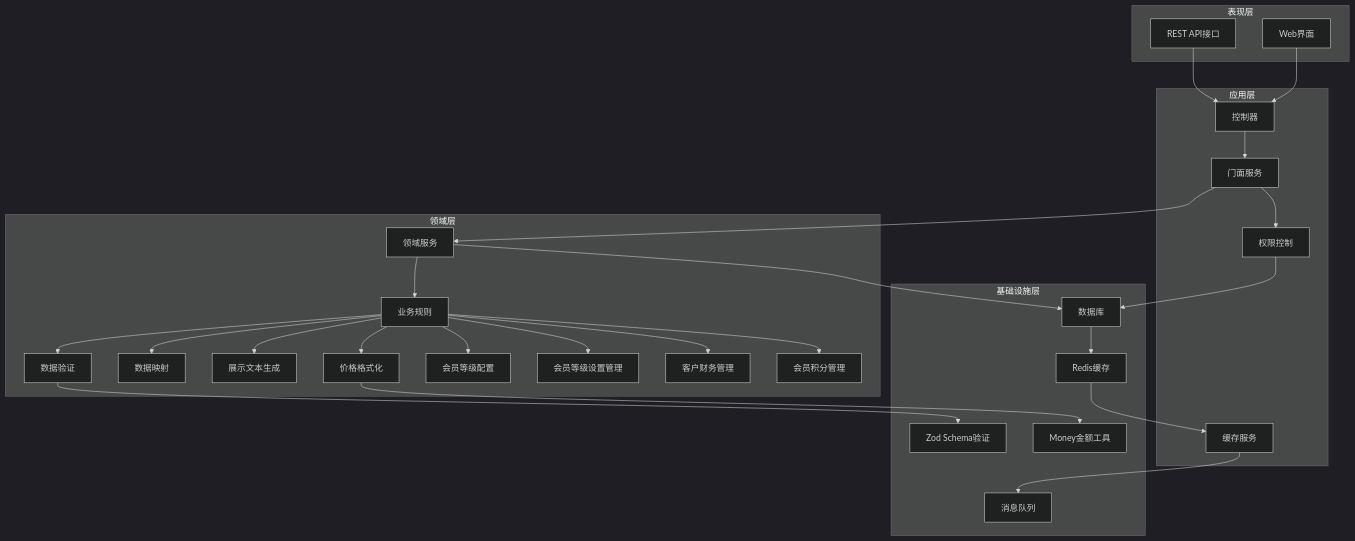
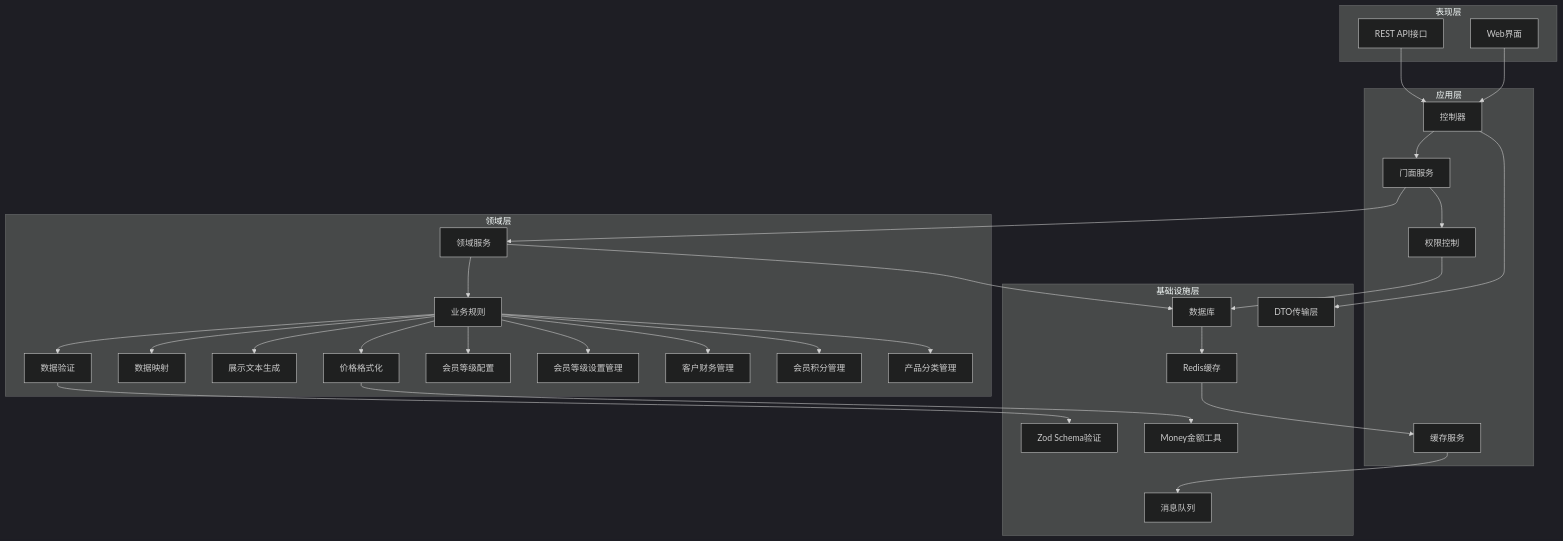
One commit to rc558620/purelyprofit-server changed the second of 23 diagrams in .qoder/repowiki/zh/content/业务模块/营销推广模块/营销推广模块.md. Above: the diagram before and after it, drawn with Mermaid (dark theme). The commit also changed other lines of this file and 11 other files, not shown here.

````diff
--- a/.qoder/repowiki/zh/content/业务模块/营销推广模块/营销推广模块.md
+++ b/.qoder/repowiki/zh/content/业务模块/营销推广模块/营销推广模块.md
@@ -203,53 +217,57 @@
 ```mermaid
 graph TB
 subgraph "表现层"
 API["REST API接口"]
 WebUI["Web界面"]
 end
 subgraph "应用层"
 Controllers["控制器"]
 Facades["门面服务"]
 AccessControl["权限控制"]
 Cache["缓存服务"]
 end
 subgraph "领域层"
 DomainServices["领域服务"]
 BusinessRules["业务规则"]
 Validation["数据验证"]
 Mapping["数据映射"]
 DisplayText["展示文本生成"]
 PriceFormatting["价格格式化"]
 MemberLevelConfig["会员等级配置"]
 MemberLevelSettings["会员等级设置管理"]
 CustomerFinance["客户财务管理"]
 CustomerPoints["会员积分管理"]
+ProductCategories["产品分类管理"]
 end
 subgraph "基础设施层"
 Database["数据库"]
 Redis["Redis缓存"]
 Queue["消息队列"]
 Schemas["Zod Schema验证"]
 MoneyUtils["Money金额工具"]
+DTOLayer["DTO传输层"]
 end
 API --> Controllers
 WebUI --> Controllers
 Controllers --> Facades
 Facades --> DomainServices
 DomainServices --> BusinessRules
 BusinessRules --> Validation
 BusinessRules --> Mapping
 BusinessRules --> DisplayText
 BusinessRules --> PriceFormatting
 BusinessRules --> MemberLevelConfig
 BusinessRules --> MemberLevelSettings
 BusinessRules --> CustomerFinance
 BusinessRules --> CustomerPoints
+BusinessRules --> ProductCategories
 Validation --> Schemas
 PriceFormatting --> MoneyUtils
 DomainServices --> Database
 Facades --> AccessControl
 AccessControl --> Database
 Database --> Redis
 Redis --> Cache
 Cache --> Queue
+Controllers --> DTOLayer
 ```
````
